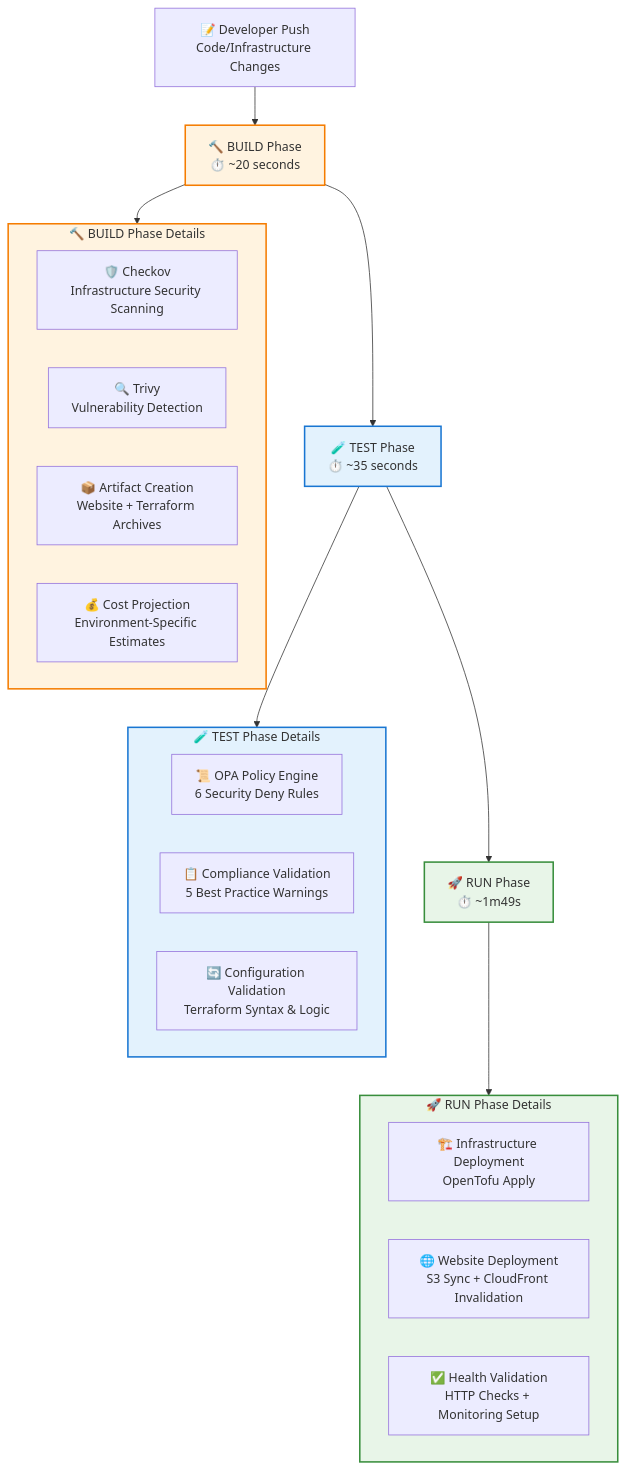
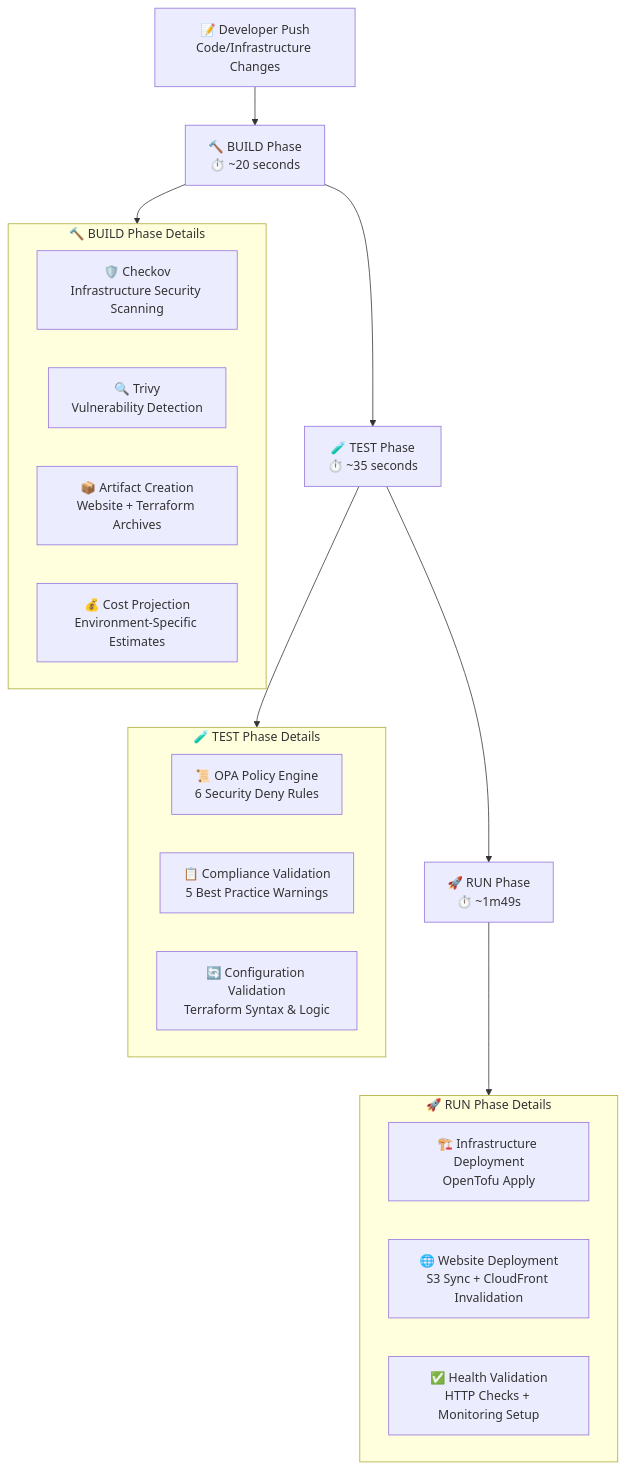
One commit to Celtikill/static-site changed the third of 8 diagrams in docs/architecture.md. Above: the diagram before and after it, drawn with Mermaid. The commit also changed other lines of this file and 5 other files, not shown here.

````diff
--- a/docs/architecture.md
+++ b/docs/architecture.md
@@ -131,37 +113,31 @@
 ```mermaid
 graph TD
     A["📝 Developer Push<br/>Code/Infrastructure Changes"] --> B["🔨 BUILD Phase<br/>⏱️ ~20 seconds"]
     B --> C["🧪 TEST Phase<br/>⏱️ ~35 seconds"]
     C --> D["🚀 RUN Phase<br/>⏱️ ~1m49s"]
 
     subgraph BuildPhase["🔨 BUILD Phase Details"]
         B1["🛡️ Checkov<br/>Infrastructure Security Scanning"]
         B2["🔍 Trivy<br/>Vulnerability Detection"]
         B3["📦 Artifact Creation<br/>Website + Terraform Archives"]
         B4["💰 Cost Projection<br/>Environment-Specific Estimates"]
     end
 
     subgraph TestPhase["🧪 TEST Phase Details"]
         C1["📜 OPA Policy Engine<br/>6 Security Deny Rules"]
         C2["📋 Compliance Validation<br/>5 Best Practice Warnings"]
         C3["🔄 Configuration Validation<br/>Terraform Syntax & Logic"]
     end
 
     subgraph RunPhase["🚀 RUN Phase Details"]
         D1["🏗️ Infrastructure Deployment<br/>OpenTofu Apply"]
         D2["🌐 Website Deployment<br/>S3 Sync + CloudFront Invalidation"]
         D3["✅ Health Validation<br/>HTTP Checks + Monitoring Setup"]
     end
 
     B --> BuildPhase
     C --> TestPhase
     D --> RunPhase
 
-    classDef buildStyle fill:#fff3e0,stroke:#f57c00,stroke-width:2px
-    classDef testStyle fill:#e3f2fd,stroke:#1976d2,stroke-width:2px
-    classDef runStyle fill:#e8f5e8,stroke:#388e3c,stroke-width:2px
 
-    class B,BuildPhase buildStyle
-    class C,TestPhase testStyle
-    class D,RunPhase runStyle
 ```
````
